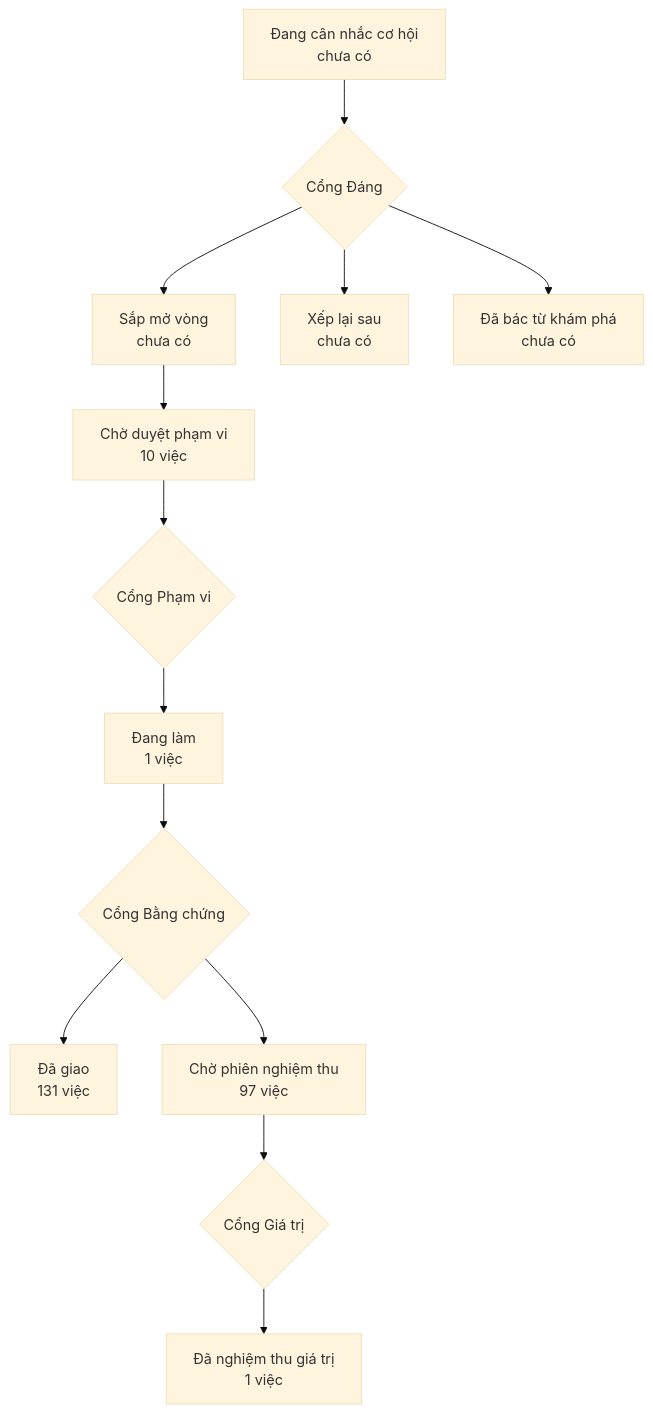
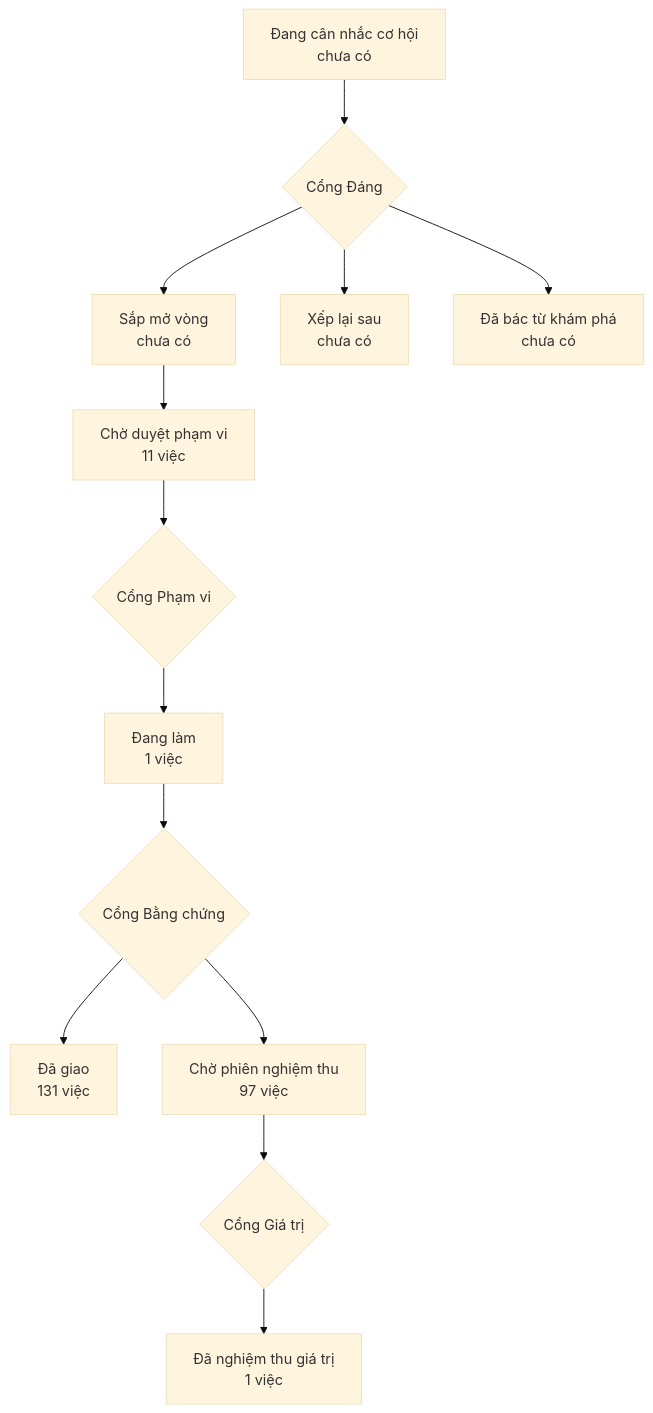
One commit to phanlemanh/onehub-invest changed the diagram in PRODUCT-MAP.md. Above: the diagram before and after it, drawn with Mermaid (base theme). The commit also changed other lines of this file and 1 other file, not shown here.

Commit message:
chore(can-gia-tot-sua-ba-loi): vẽ lại bản đồ sau khi gộp main

````diff
--- a/PRODUCT-MAP.md
+++ b/PRODUCT-MAP.md
@@ -7,12 +7,12 @@
 ```mermaid
 flowchart TD
   A["Đang cân nhắc cơ hội<br/>chưa có"] --> GD{"Cổng Đáng"}
   GD --> B["Sắp mở vòng<br/>chưa có"]
   GD --> XL["Xếp lại sau<br/>chưa có"]
   GD --> DB["Đã bác từ khám phá<br/>chưa có"]
-  B --> CD["Chờ duyệt phạm vi<br/>10 việc"] --> GP{"Cổng Phạm vi"}
+  B --> CD["Chờ duyệt phạm vi<br/>11 việc"] --> GP{"Cổng Phạm vi"}
   GP --> DL["Đang làm<br/>1 việc"] --> GB{"Cổng Bằng chứng"}
   GB --> DG["Đã giao<br/>131 việc"]
   GB --> CN["Chờ phiên nghiệm thu<br/>97 việc"] --> GG{"Cổng Giá trị"}
   GG --> NT["Đã nghiệm thu giá trị<br/>1 việc"]
 ```
````
